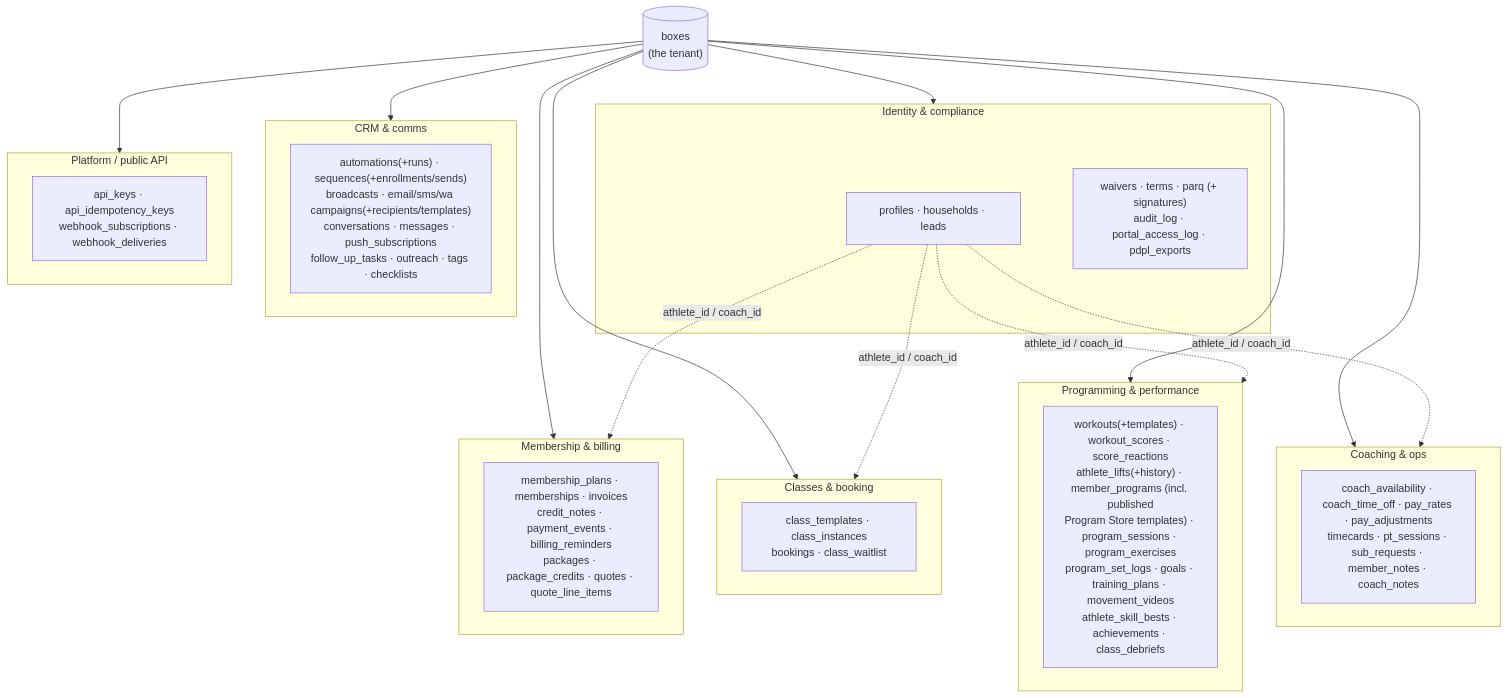
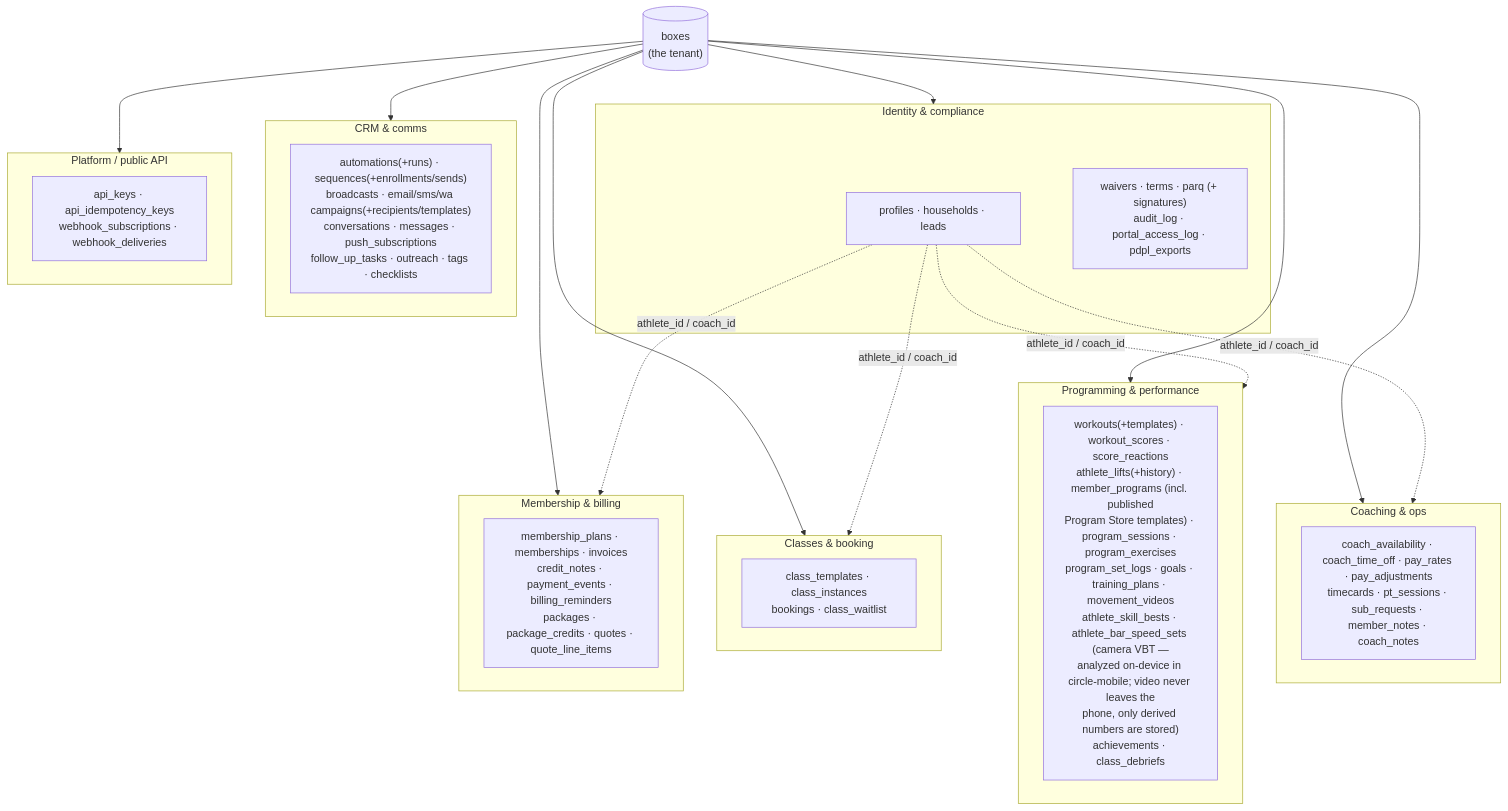
The fifth of 6 diagrams in docs/ARCHITECTURE.md (Walidsh87/circle-glofox), drawn with Mermaid before and after one commit. The commit also changed 1 other file, not shown here.

First paragraph of the commit message:
docs(audit): record the 2026-07-17 run — advisor dispositions + bar-speed domain (#128)
Bookkeeping for the full audit; no code.

````diff
--- a/docs/ARCHITECTURE.md
+++ b/docs/ARCHITECTURE.md
@@ -175,30 +175,30 @@
 ```mermaid
 flowchart TB
   BOX[("boxes<br/>(the tenant)")]
 
   subgraph identity["Identity & compliance"]
     profiles["profiles · households · leads"]
     agree["waivers · terms · parq (+ signatures)<br/>audit_log · portal_access_log · pdpl_exports"]
   end
   subgraph billing["Membership & billing"]
     bill["membership_plans · memberships · invoices<br/>credit_notes · payment_events · billing_reminders<br/>packages · package_credits · quotes · quote_line_items"]
   end
   subgraph classes["Classes & booking"]
     cls["class_templates · class_instances<br/>bookings · class_waitlist"]
   end
   subgraph prog["Programming & performance"]
-    pr["workouts(+templates) · workout_scores · score_reactions<br/>athlete_lifts(+history) · member_programs (incl. published<br/>Program Store templates) · program_sessions · program_exercises<br/>program_set_logs · goals · training_plans · movement_videos<br/>athlete_skill_bests · achievements · class_debriefs"]
+    pr["workouts(+templates) · workout_scores · score_reactions<br/>athlete_lifts(+history) · member_programs (incl. published<br/>Program Store templates) · program_sessions · program_exercises<br/>program_set_logs · goals · training_plans · movement_videos<br/>athlete_skill_bests · athlete_bar_speed_sets (camera VBT —<br/>analyzed on-device in circle-mobile; video never leaves the<br/>phone, only derived numbers are stored)<br/>achievements · class_debriefs"]
   end
   subgraph ops["Coaching & ops"]
     op["coach_availability · coach_time_off · pay_rates · pay_adjustments<br/>timecards · pt_sessions · sub_requests · member_notes · coach_notes"]
   end
   subgraph crm["CRM & comms"]
     cm["automations(+runs) · sequences(+enrollments/sends)<br/>broadcasts · email/sms/wa campaigns(+recipients/templates)<br/>conversations · messages · push_subscriptions<br/>follow_up_tasks · outreach · tags · checklists"]
   end
   subgraph plat["Platform / public API"]
     pl["api_keys · api_idempotency_keys<br/>webhook_subscriptions · webhook_deliveries"]
   end
 
   BOX --> identity & billing & classes & prog & ops & crm & plat
   profiles -.->|"athlete_id / coach_id"| billing & classes & prog & ops
 ```
````
